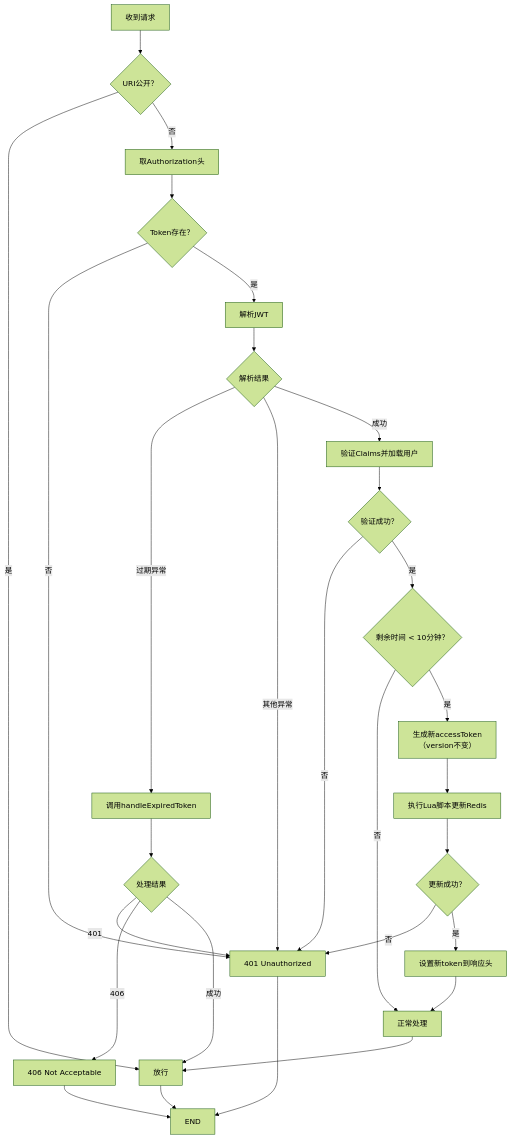
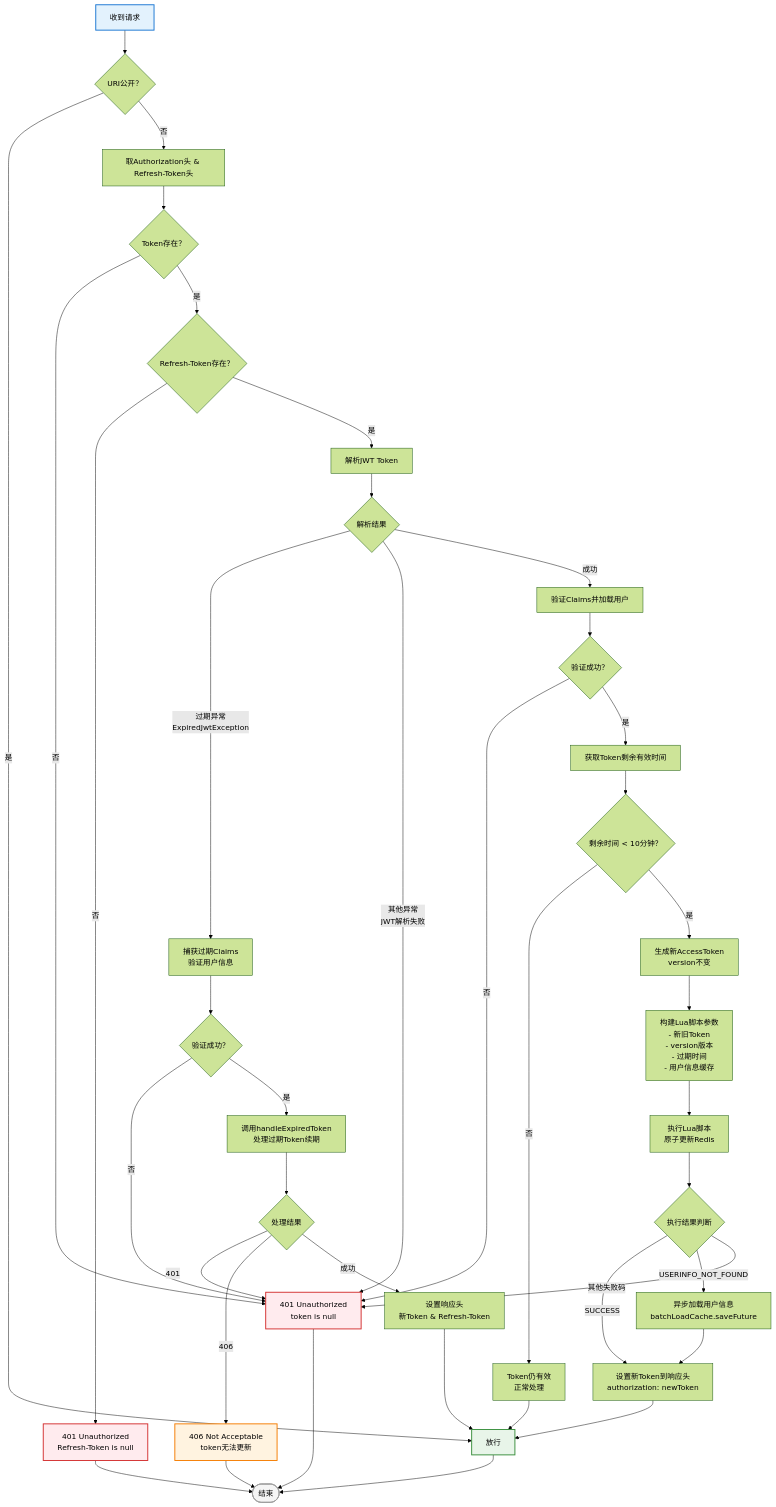
Before and after one commit to vacontinuejatotired/hm-dianping: the second of 3 diagrams in README.md, drawn with Mermaid (forest theme). The commit also changed other lines of this file and 1 other file, not shown here.

Commit message:
feat(docs): 更新README，优化Token刷新流程描述，添加用户缓存消息加载优化内容

````diff
--- a/README.md
+++ b/README.md
@@ -46,34 +46,55 @@
 ```mermaid
 flowchart TD
-    A[收到请求] --> B{URI公开？}
-    B -->|是| Z[放行] --> END
-    
-    B -->|否| C[取Authorization头]
-    C --> D{Token存在？}
-    D -->|否| E[401 Unauthorized] --> END
-    
-    D -->|是| F[解析JWT]
-    F --> G{解析结果}
-    
-    G -->|过期异常| H[调用handleExpiredToken]
-    H --> I{处理结果}
-    I -->|401| E
-    I -->|406| J[406 Not Acceptable] --> END
-    I -->|成功| Z
-    
-    G -->|其他异常| E
-    
-    G -->|成功| K[验证Claims并加载用户]
-    K --> L{验证成功？}
-    L -->|否| E
-    
-    L -->|是| M{剩余时间 < 10分钟？}
-    M -->|否| N[正常处理] --> Z
-    
-    M -->|是| O[生成新accessToken<br>（version不变）]
-    O --> P[执行Lua脚本更新Redis]
-    P --> Q{更新成功？}
-    Q -->|否| E
-    Q -->|是| R[设置新token到响应头]
-    R --> N
+  A[收到请求] --> B{URI公开？}
+B -->|是| Z[放行] --> END
+
+B -->|否| C[取Authorization头 & Refresh-Token头]
+C --> D{Token存在？}
+D -->|否| E[401 Unauthorized<br/>token is null] --> END
+
+D -->|是| F{Refresh-Token存在？}
+F -->|否| E2[401 Unauthorized<br/>Refresh-Token is null] --> END
+
+F -->|是| G[解析JWT Token]
+G --> H{解析结果}
+
+H -->|过期异常<br/>ExpiredJwtException| I[捕获过期Claims<br/>验证用户信息]
+I --> J{验证成功？}
+J -->|否| E
+J -->|是| K[调用handleExpiredToken<br/>处理过期Token续期]
+K --> L{处理结果}
+L -->|401| E
+L -->|406| M[406 Not Acceptable<br/>token无法更新] --> END
+L -->|成功| N[设置响应头<br/>新Token & Refresh-Token] --> Z
+
+H -->|其他异常<br/>JWT解析失败| E
+
+H -->|成功| O[验证Claims并加载用户]
+O --> P{验证成功？}
+P -->|否| E
+
+P -->|是| Q[获取Token剩余有效时间]
+Q --> R{剩余时间 < 10分钟？}
+R -->|否| S[Token仍有效<br/>正常处理] --> Z
+
+R -->|是| T[生成新AccessToken<br/>version不变]
+T --> U[构建Lua脚本参数<br/>- 新旧Token<br/>- version版本<br/>- 过期时间<br/>- 用户信息缓存]
+U --> V[执行Lua脚本<br/>原子更新Redis]
+V --> W{执行结果判断}
+
+W -->|SUCCESS| X[设置新Token到响应头<br/>authorization: newToken]
+W -->|USERINFO_NOT_FOUND| Y[异步加载用户信息<br/>batchLoadCache.saveFuture]
+W -->|其他失败码| E
+
+Y --> X
+X --> Z
+
+END([结束])
+
+style A fill:#e3f2fd,stroke:#1976d2,stroke-width:2px,color:#000
+style Z fill:#e8f5e9,stroke:#388e3c,stroke-width:2px,color:#000
+style E fill:#ffebee,stroke:#d32f2f,stroke-width:2px,color:#000
+style E2 fill:#ffebee,stroke:#d32f2f,stroke-width:2px,color:#000
+style M fill:#fff3e0,stroke:#f57c00,stroke-width:2px,color:#000
+style END fill:#f5f5f5,stroke:#9e9e9e,stroke-width:2px,color:#000
 ```
````
